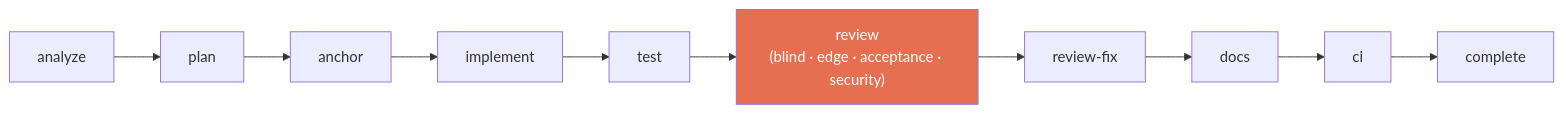
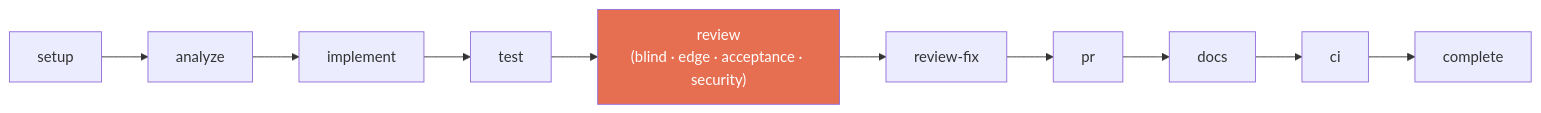
Before and after one commit to jamescrowley321/identity-stack-planning: the fourth of 4 diagrams in README.md, drawn with Mermaid. The commit also changed other lines of this file and 13 other files, not shown here.

````diff
--- a/README.md
+++ b/README.md
@@ -260,8 +228,8 @@
 ```mermaid
 flowchart LR
-    A[analyze] --> P[plan] --> AN[anchor] --> I[implement] --> T[test]
+    S[setup] --> A[analyze] --> I[implement] --> T[test]
     T --> R["review\n(blind · edge · acceptance · security)"]
-    R --> RF[review-fix] --> D[docs] --> CI[ci] --> DONE[complete]
+    R --> RF[review-fix] --> PR[pr] --> D[docs] --> CI[ci] --> DONE[complete]
 
     style R fill:#e76f51,color:#fff
 ```
````
